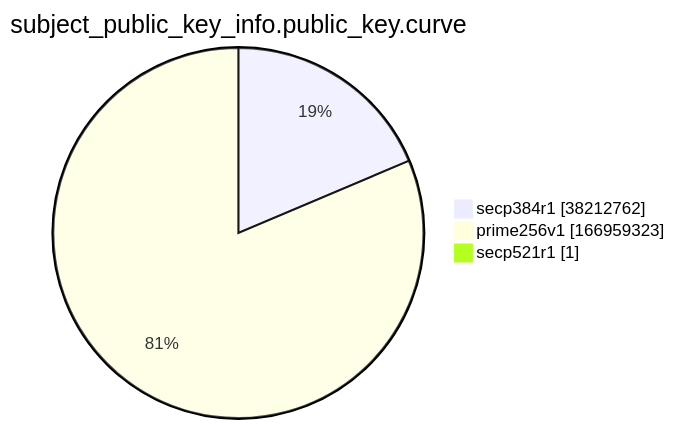
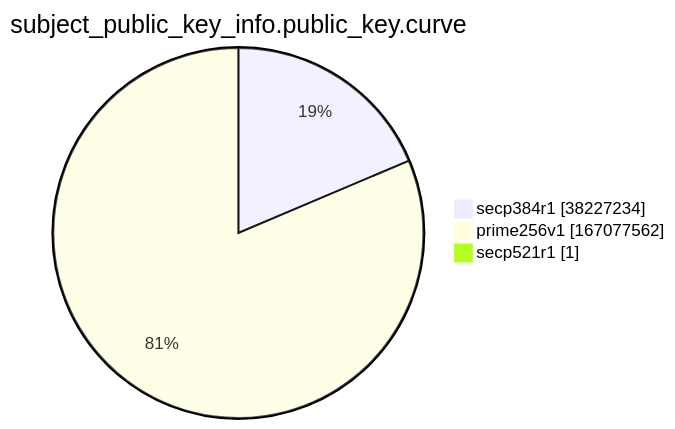
Before and after one commit to christiankrug/ctmonitor_visualization: the ninth of 15 diagrams in argon2022/README.md, drawn with Mermaid. The commit also changed other lines of this file, not shown here.

````diff
--- a/argon2022/README.md
+++ b/argon2022/README.md
@@ -2766,7 +2766,7 @@
 ```mermaid
 pie showData
 title subject_public_key_info.public_key.curve
-"secp384r1" :38212762
-"prime256v1" :166959323
+"secp384r1" :38227234
+"prime256v1" :167077562
 "secp521r1" :1
 ```
````
